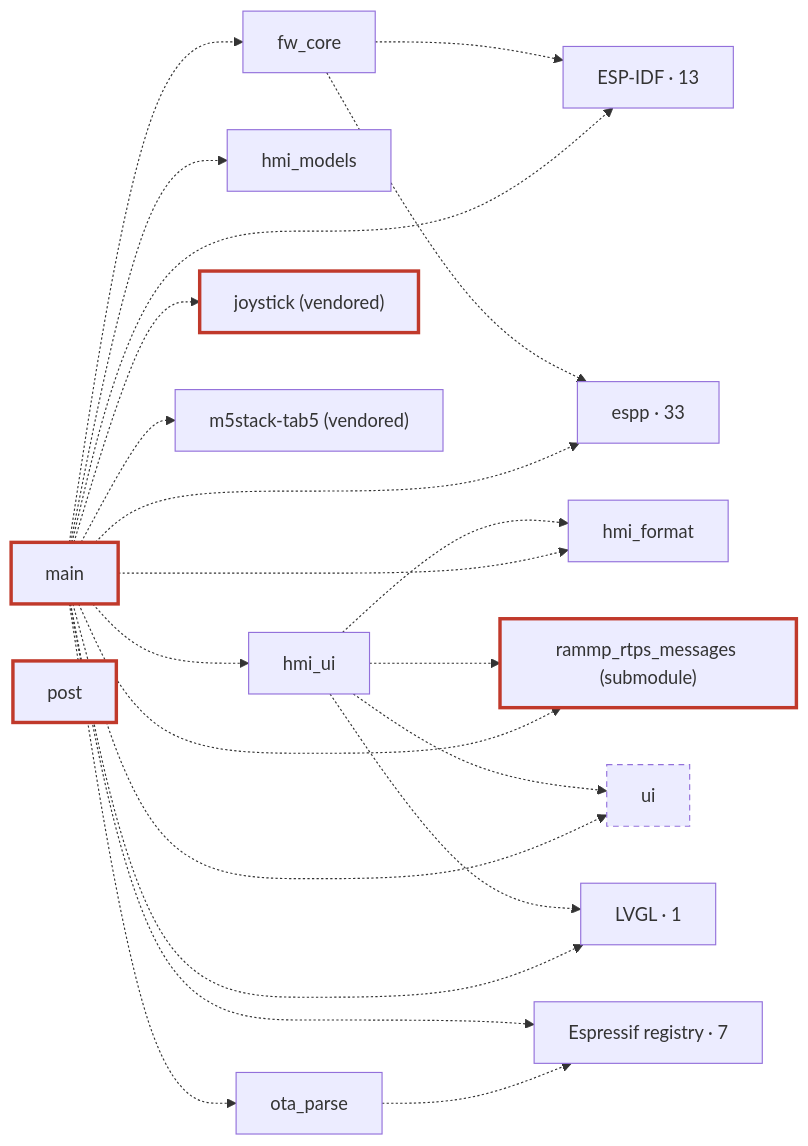
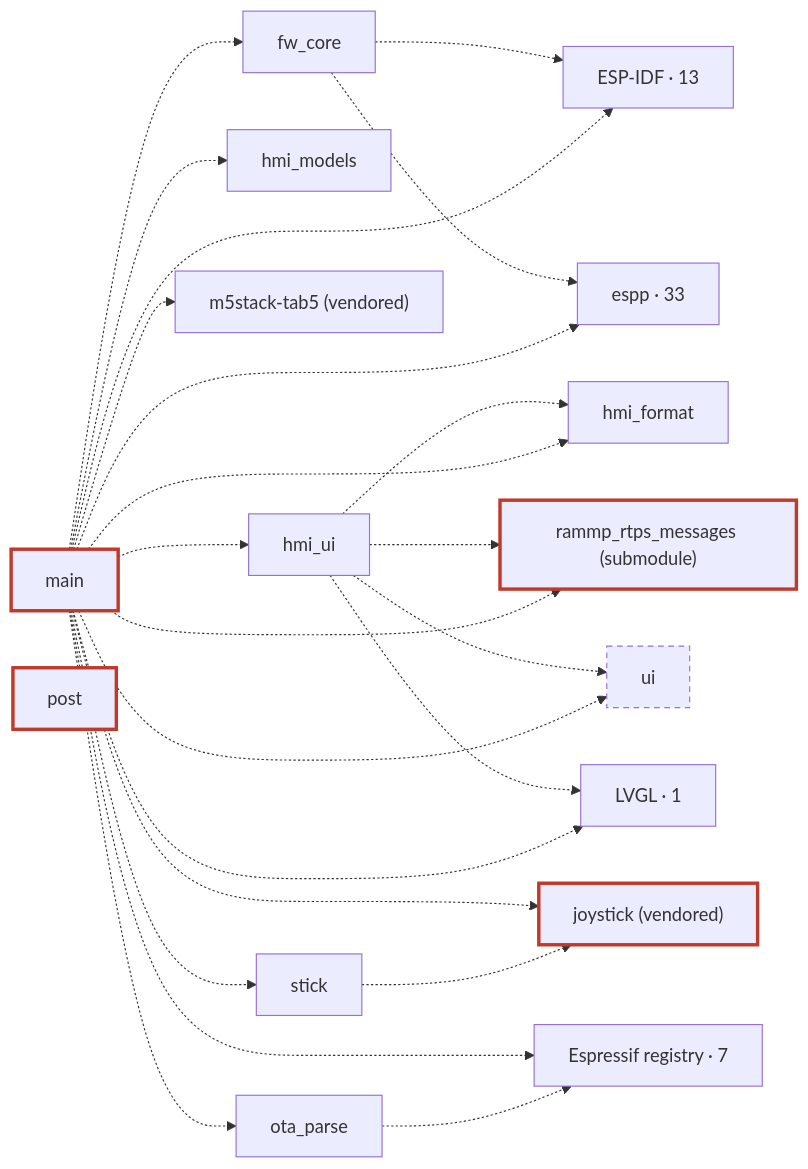
The second of 2 diagrams in docs/architecture.md (rammp-org/pace-hmi-fw), drawn with Mermaid before and after one commit. The commit also changed 1 other file, not shown here.

Commit message:
docs: regenerate D3 from the integrated build (hmi_ui, stick, post)

````diff
--- a/docs/architecture.md
+++ b/docs/architecture.md
@@ -98,41 +98,44 @@
 ```mermaid
 flowchart LR
   c_fw_core["fw_core"]
   c_hmi_format["hmi_format"]
   c_hmi_models["hmi_models"]
   c_hmi_ui["hmi_ui"]
   c_joystick["joystick (vendored)"]:::safety
   c_m5stack_tab5["m5stack-tab5 (vendored)"]
   c_main["main"]:::safety
   c_ota_parse["ota_parse"]
   c_post["post"]:::safety
   c_rammp_rtps_messages["rammp_rtps_messages (submodule)"]:::safety
+  c_stick["stick"]
   c_ui["ui"]:::gen
   g_ESP_IDF["ESP-IDF · 13"]
   g_espp["espp · 33"]
   g_Espressif_registry["Espressif registry · 7"]
   g_LVGL["LVGL · 1"]
   c_fw_core -.-> g_ESP_IDF
   c_fw_core -.-> g_espp
   c_hmi_ui -.-> c_hmi_format
   c_hmi_ui -.-> c_rammp_rtps_messages
   c_hmi_ui -.-> c_ui
   c_hmi_ui -.-> g_LVGL
   c_main -.-> c_fw_core
   c_main -.-> c_hmi_format
   c_main -.-> c_hmi_models
   c_main -.-> c_hmi_ui
   c_main -.-> c_joystick
   c_main -.-> c_m5stack_tab5
   c_main -.-> c_ota_parse
   c_main -.-> c_rammp_rtps_messages
+  c_main -.-> c_stick
   c_main -.-> c_ui
   c_main -.-> g_ESP_IDF
   c_main -.-> g_espp
   c_main -.-> g_Espressif_registry
   c_main -.-> g_LVGL
   c_ota_parse -.-> g_Espressif_registry
+  c_stick -.-> c_joystick
   classDef hw fill:#d9dde3,stroke:#7a8590,color:#111
   classDef safety stroke:#c0392b,stroke-width:3px
   classDef gen stroke-dasharray:5 4
 ```
````
